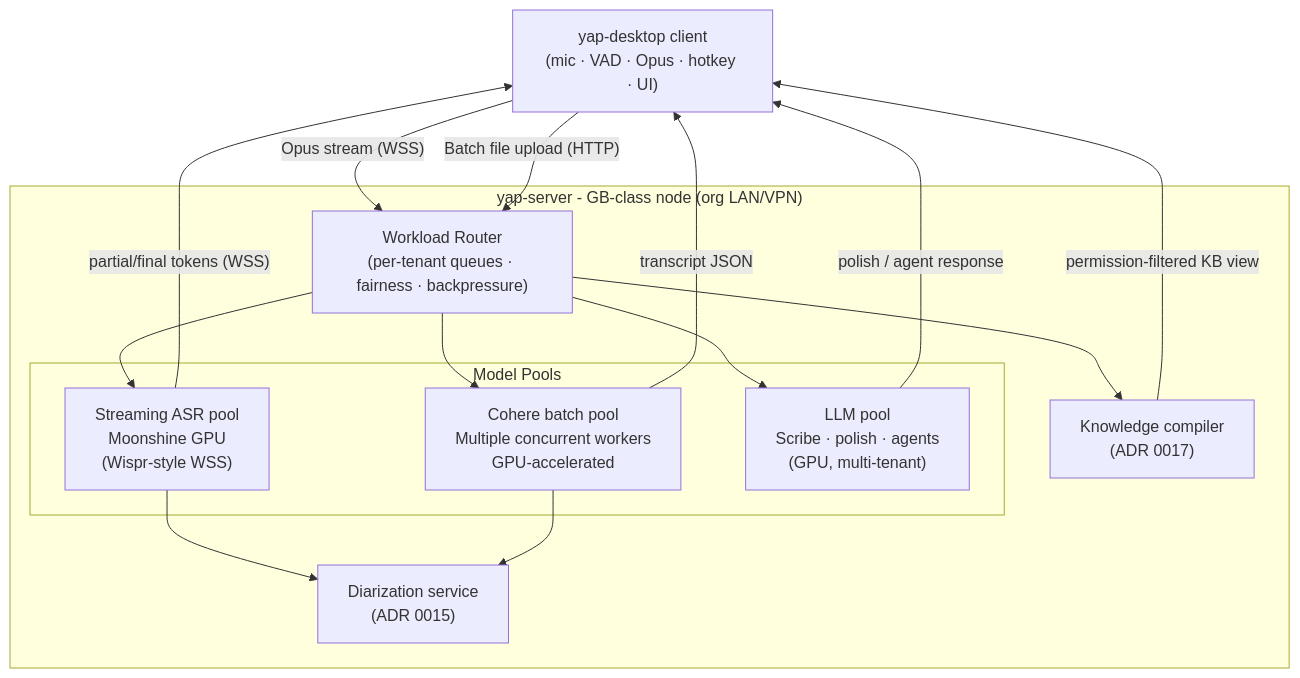
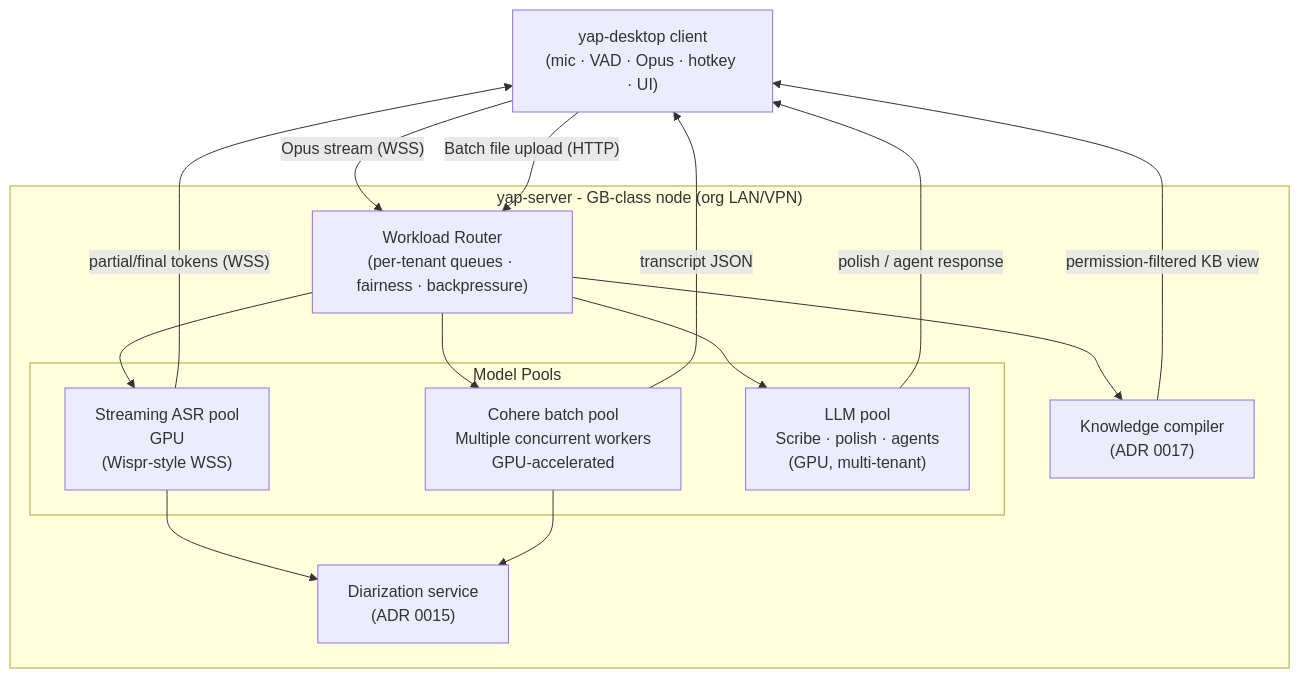
The first of 5 diagrams in docs/adr/0014-server-tier-compute-topology.md (mcnatg1/yap), drawn with Mermaid before and after one commit. The commit also changed other lines of this file and 93 other files, not shown here.

````diff
--- a/docs/adr/0014-server-tier-compute-topology.md
+++ b/docs/adr/0014-server-tier-compute-topology.md
@@ -58,29 +59,29 @@
 ```mermaid
 flowchart TB
     Client["yap-desktop client\n(mic · VAD · Opus · hotkey · UI)"]
 
     subgraph Server["yap-server - GB-class node (org LAN/VPN)"]
         Router["Workload Router\n(per-tenant queues · fairness · backpressure)"]
 
         subgraph Pools["Model Pools"]
-            ASR["Streaming ASR pool\nMoonshine GPU\n(Wispr-style WSS)"]
+            ASR["Streaming ASR pool\nGPU\n(Wispr-style WSS)"]
             Batch["Cohere batch pool\nMultiple concurrent workers\nGPU-accelerated"]
             LLM["LLM pool\nScribe · polish · agents\n(GPU, multi-tenant)"]
         end
 
         KB["Knowledge compiler\n(ADR 0017)"]
         Diar["Diarization service\n(ADR 0015)"]
     end
 
     Client -->|"Opus stream (WSS)"| Router
     Client -->|"Batch file upload (HTTP)"| Router
     Router --> ASR
     Router --> Batch
     Router --> LLM
     Router --> KB
     ASR & Batch --> Diar
     ASR -->|"partial/final tokens (WSS)"| Client
     Batch -->|"transcript JSON"| Client
     LLM -->|"polish / agent response"| Client
     KB -->|"permission-filtered KB view"| Client
 ```
````
